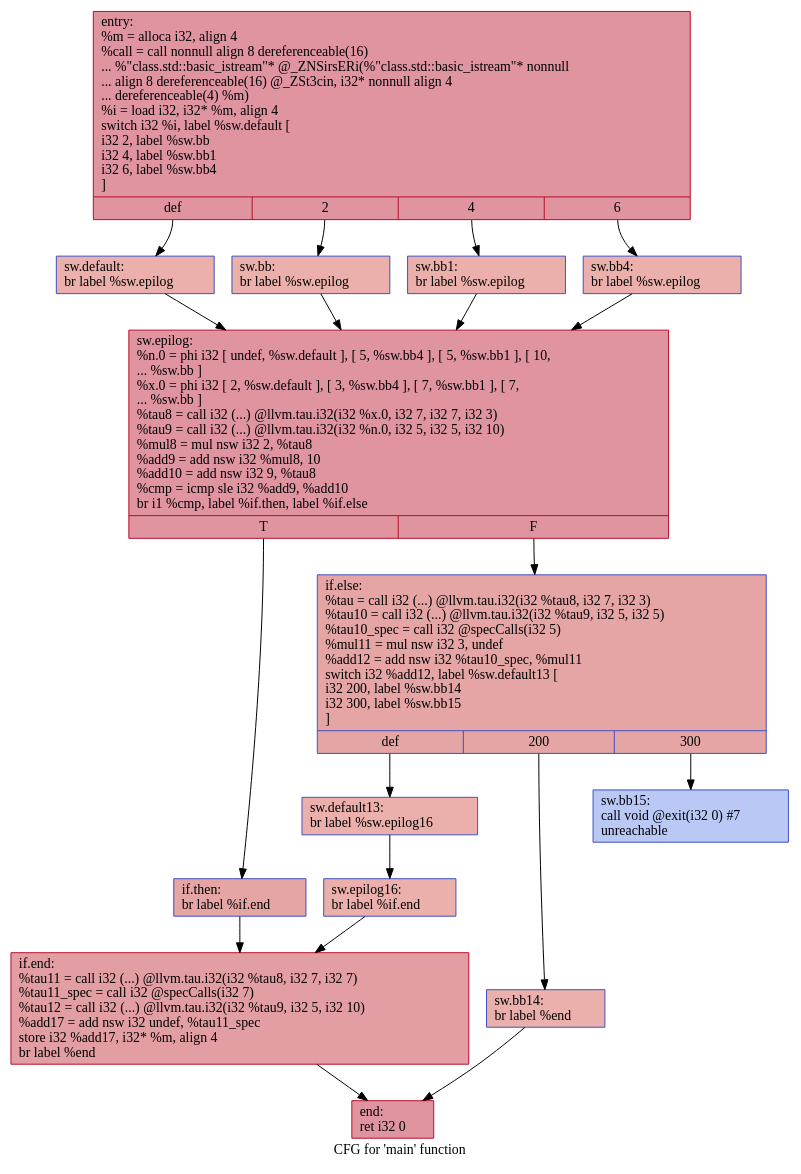
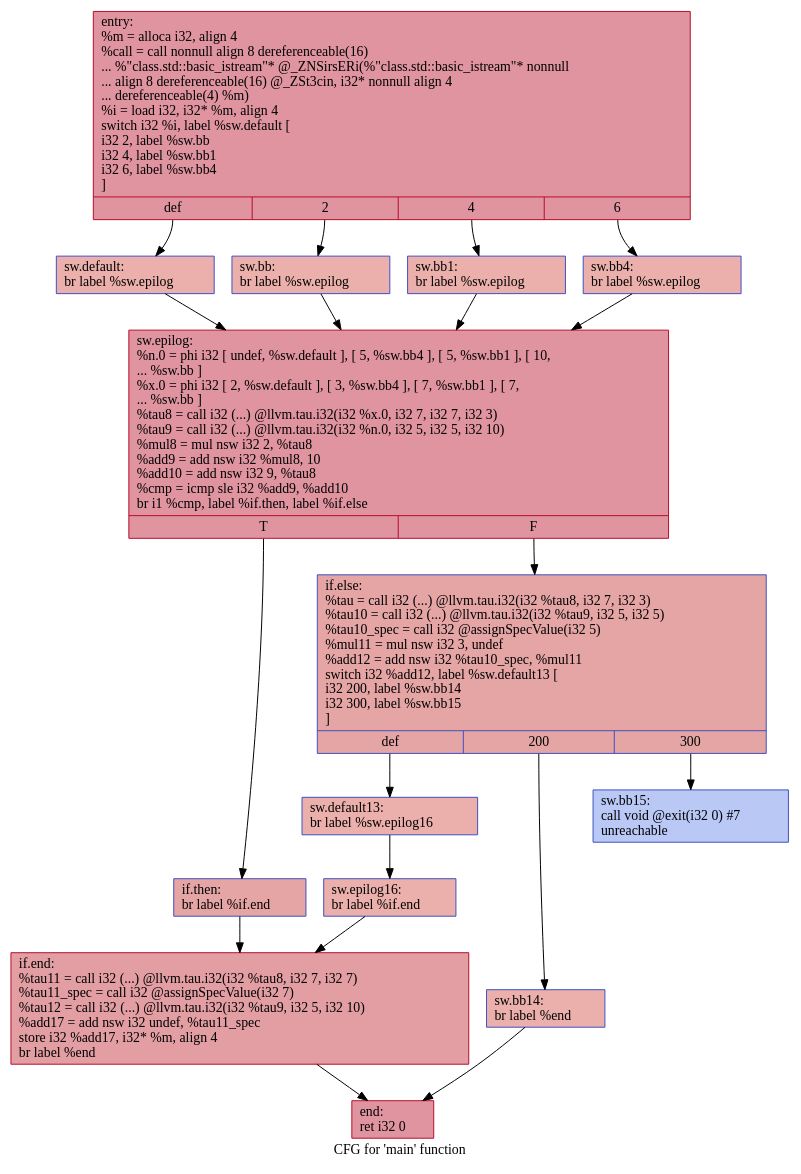
Before and after one commit to HPSSA-LLVM/HPSSA-LLVM: the diagram in IR/cfg/specSCCP_HPSSA.dot, drawn with Graphviz. The commit also changed 25 other files, not shown here.

```diff
--- a/IR/cfg/specSCCP_HPSSA.dot
+++ b/IR/cfg/specSCCP_HPSSA.dot
@@ -1,36 +1,36 @@
 digraph "CFG for 'main' function" {
 	label="CFG for 'main' function";
 
-	Node0x564486306240 [shape=record,color="#b70d28ff", style=filled, fillcolor="#b70d2870",label="{entry:\l  %m = alloca i32, align 4\l  %call = call nonnull align 8 dereferenceable(16)\l... %\"class.std::basic_istream\"* @_ZNSirsERi(%\"class.std::basic_istream\"* nonnull\l... align 8 dereferenceable(16) @_ZSt3cin, i32* nonnull align 4\l... dereferenceable(4) %m)\l  %i = load i32, i32* %m, align 4\l  switch i32 %i, label %sw.default [\l    i32 2, label %sw.bb\l    i32 4, label %sw.bb1\l    i32 6, label %sw.bb4\l  ]\l|{<s0>def|<s1>2|<s2>4|<s3>6}}"];
-	Node0x564486306240:s0 -> Node0x564486306680;
-	Node0x564486306240:s1 -> Node0x564486306790;
-	Node0x564486306240:s2 -> Node0x564486306890;
-	Node0x564486306240:s3 -> Node0x564486306990;
-	Node0x564486306790 [shape=record,color="#3d50c3ff", style=filled, fillcolor="#d24b4070",label="{sw.bb:                                            \l  br label %sw.epilog\l}"];
-	Node0x564486306790 -> Node0x564486306ab0;
-	Node0x564486306890 [shape=record,color="#3d50c3ff", style=filled, fillcolor="#d24b4070",label="{sw.bb1:                                           \l  br label %sw.epilog\l}"];
-	Node0x564486306890 -> Node0x564486306ab0;
-	Node0x564486306990 [shape=record,color="#3d50c3ff", style=filled, fillcolor="#d24b4070",label="{sw.bb4:                                           \l  br label %sw.epilog\l}"];
-	Node0x564486306990 -> Node0x564486306ab0;
-	Node0x564486306680 [shape=record,color="#3d50c3ff", style=filled, fillcolor="#d24b4070",label="{sw.default:                                       \l  br label %sw.epilog\l}"];
-	Node0x564486306680 -> Node0x564486306ab0;
-	Node0x564486306ab0 [shape=record,color="#b70d28ff", style=filled, fillcolor="#b70d2870",label="{sw.epilog:                                        \l  %n.0 = phi i32 [ undef, %sw.default ], [ 5, %sw.bb4 ], [ 5, %sw.bb1 ], [ 10,\l... %sw.bb ]\l  %x.0 = phi i32 [ 2, %sw.default ], [ 3, %sw.bb4 ], [ 7, %sw.bb1 ], [ 7,\l... %sw.bb ]\l  %tau8 = call i32 (...) @llvm.tau.i32(i32 %x.0, i32 7, i32 7, i32 3)\l  %tau9 = call i32 (...) @llvm.tau.i32(i32 %n.0, i32 5, i32 5, i32 10)\l  %mul8 = mul nsw i32 2, %tau8\l  %add9 = add nsw i32 %mul8, 10\l  %add10 = add nsw i32 9, %tau8\l  %cmp = icmp sle i32 %add9, %add10\l  br i1 %cmp, label %if.then, label %if.else\l|{<s0>T|<s1>F}}"];
-	Node0x564486306ab0:s0 -> Node0x564486307c50;
-	Node0x564486306ab0:s1 -> Node0x564486307cc0;
-	Node0x564486307c50 [shape=record,color="#3d50c3ff", style=filled, fillcolor="#c5333470",label="{if.then:                                          \l  br label %if.end\l}"];
-	Node0x564486307c50 -> Node0x564486307de0;
-	Node0x564486307cc0 [shape=record,color="#3d50c3ff", style=filled, fillcolor="#c5333470",label="{if.else:                                          \l  %tau = call i32 (...) @llvm.tau.i32(i32 %tau8, i32 7, i32 3)\l  %tau10 = call i32 (...) @llvm.tau.i32(i32 %tau9, i32 5, i32 5)\l  %tau10_spec = call i32 @specCalls(i32 5)\l  %mul11 = mul nsw i32 3, undef\l  %add12 = add nsw i32 %tau10_spec, %mul11\l  switch i32 %add12, label %sw.default13 [\l    i32 200, label %sw.bb14\l    i32 300, label %sw.bb15\l  ]\l|{<s0>def|<s1>200|<s2>300}}"];
-	Node0x564486307cc0:s0 -> Node0x564486308600;
-	Node0x564486307cc0:s1 -> Node0x5644863086b0;
-	Node0x564486307cc0:s2 -> Node0x5644863087b0;
-	Node0x564486308600 [shape=record,color="#3d50c3ff", style=filled, fillcolor="#d24b4070",label="{sw.default13:                                     \l  br label %sw.epilog16\l}"];
-	Node0x564486308600 -> Node0x5644863089a0;
-	Node0x5644863086b0 [shape=record,color="#3d50c3ff", style=filled, fillcolor="#d24b4070",label="{sw.bb14:                                          \l  br label %end\l}"];
-	Node0x5644863086b0 -> Node0x564486308a90;
-	Node0x5644863087b0 [shape=record,color="#3d50c3ff", style=filled, fillcolor="#6282ea70",label="{sw.bb15:                                          \l  call void @exit(i32 0) #7\l  unreachable\l}"];
-	Node0x5644863089a0 [shape=record,color="#3d50c3ff", style=filled, fillcolor="#d24b4070",label="{sw.epilog16:                                      \l  br label %if.end\l}"];
-	Node0x5644863089a0 -> Node0x564486307de0;
-	Node0x564486307de0 [shape=record,color="#b70d28ff", style=filled, fillcolor="#be242e70",label="{if.end:                                           \l  %tau11 = call i32 (...) @llvm.tau.i32(i32 %tau8, i32 7, i32 7)\l  %tau11_spec = call i32 @specCalls(i32 7)\l  %tau12 = call i32 (...) @llvm.tau.i32(i32 %tau9, i32 5, i32 10)\l  %add17 = add nsw i32 undef, %tau11_spec\l  store i32 %add17, i32* %m, align 4\l  br label %end\l}"];
-	Node0x564486307de0 -> Node0x564486308a90;
-	Node0x564486308a90 [shape=record,color="#b70d28ff", style=filled, fillcolor="#b70d2870",label="{end:                                              \l  ret i32 0\l}"];
+	Node0x55fcf3085da0 [shape=record,color="#b70d28ff", style=filled, fillcolor="#b70d2870",label="{entry:\l  %m = alloca i32, align 4\l  %call = call nonnull align 8 dereferenceable(16)\l... %\"class.std::basic_istream\"* @_ZNSirsERi(%\"class.std::basic_istream\"* nonnull\l... align 8 dereferenceable(16) @_ZSt3cin, i32* nonnull align 4\l... dereferenceable(4) %m)\l  %i = load i32, i32* %m, align 4\l  switch i32 %i, label %sw.default [\l    i32 2, label %sw.bb\l    i32 4, label %sw.bb1\l    i32 6, label %sw.bb4\l  ]\l|{<s0>def|<s1>2|<s2>4|<s3>6}}"];
+	Node0x55fcf3085da0:s0 -> Node0x55fcf3086210;
+	Node0x55fcf3085da0:s1 -> Node0x55fcf3086320;
+	Node0x55fcf3085da0:s2 -> Node0x55fcf3086420;
+	Node0x55fcf3085da0:s3 -> Node0x55fcf3086520;
+	Node0x55fcf3086320 [shape=record,color="#3d50c3ff", style=filled, fillcolor="#d24b4070",label="{sw.bb:                                            \l  br label %sw.epilog\l}"];
+	Node0x55fcf3086320 -> Node0x55fcf3086640;
+	Node0x55fcf3086420 [shape=record,color="#3d50c3ff", style=filled, fillcolor="#d24b4070",label="{sw.bb1:                                           \l  br label %sw.epilog\l}"];
+	Node0x55fcf3086420 -> Node0x55fcf3086640;
+	Node0x55fcf3086520 [shape=record,color="#3d50c3ff", style=filled, fillcolor="#d24b4070",label="{sw.bb4:                                           \l  br label %sw.epilog\l}"];
+	Node0x55fcf3086520 -> Node0x55fcf3086640;
+	Node0x55fcf3086210 [shape=record,color="#3d50c3ff", style=filled, fillcolor="#d24b4070",label="{sw.default:                                       \l  br label %sw.epilog\l}"];
+	Node0x55fcf3086210 -> Node0x55fcf3086640;
+	Node0x55fcf3086640 [shape=record,color="#b70d28ff", style=filled, fillcolor="#b70d2870",label="{sw.epilog:                                        \l  %n.0 = phi i32 [ undef, %sw.default ], [ 5, %sw.bb4 ], [ 5, %sw.bb1 ], [ 10,\l... %sw.bb ]\l  %x.0 = phi i32 [ 2, %sw.default ], [ 3, %sw.bb4 ], [ 7, %sw.bb1 ], [ 7,\l... %sw.bb ]\l  %tau8 = call i32 (...) @llvm.tau.i32(i32 %x.0, i32 7, i32 7, i32 3)\l  %tau9 = call i32 (...) @llvm.tau.i32(i32 %n.0, i32 5, i32 5, i32 10)\l  %mul8 = mul nsw i32 2, %tau8\l  %add9 = add nsw i32 %mul8, 10\l  %add10 = add nsw i32 9, %tau8\l  %cmp = icmp sle i32 %add9, %add10\l  br i1 %cmp, label %if.then, label %if.else\l|{<s0>T|<s1>F}}"];
+	Node0x55fcf3086640:s0 -> Node0x55fcf3087810;
+	Node0x55fcf3086640:s1 -> Node0x55fcf3087880;
+	Node0x55fcf3087810 [shape=record,color="#3d50c3ff", style=filled, fillcolor="#c5333470",label="{if.then:                                          \l  br label %if.end\l}"];
+	Node0x55fcf3087810 -> Node0x55fcf30879a0;
+	Node0x55fcf3087880 [shape=record,color="#3d50c3ff", style=filled, fillcolor="#c5333470",label="{if.else:                                          \l  %tau = call i32 (...) @llvm.tau.i32(i32 %tau8, i32 7, i32 3)\l  %tau10 = call i32 (...) @llvm.tau.i32(i32 %tau9, i32 5, i32 5)\l  %tau10_spec = call i32 @assignSpecValue(i32 5)\l  %mul11 = mul nsw i32 3, undef\l  %add12 = add nsw i32 %tau10_spec, %mul11\l  switch i32 %add12, label %sw.default13 [\l    i32 200, label %sw.bb14\l    i32 300, label %sw.bb15\l  ]\l|{<s0>def|<s1>200|<s2>300}}"];
+	Node0x55fcf3087880:s0 -> Node0x55fcf3088390;
+	Node0x55fcf3087880:s1 -> Node0x55fcf30884a0;
+	Node0x55fcf3087880:s2 -> Node0x55fcf30885a0;
+	Node0x55fcf3088390 [shape=record,color="#3d50c3ff", style=filled, fillcolor="#d24b4070",label="{sw.default13:                                     \l  br label %sw.epilog16\l}"];
+	Node0x55fcf3088390 -> Node0x55fcf3088790;
+	Node0x55fcf30884a0 [shape=record,color="#3d50c3ff", style=filled, fillcolor="#d24b4070",label="{sw.bb14:                                          \l  br label %end\l}"];
+	Node0x55fcf30884a0 -> Node0x55fcf3088880;
+	Node0x55fcf30885a0 [shape=record,color="#3d50c3ff", style=filled, fillcolor="#6282ea70",label="{sw.bb15:                                          \l  call void @exit(i32 0) #7\l  unreachable\l}"];
+	Node0x55fcf3088790 [shape=record,color="#3d50c3ff", style=filled, fillcolor="#d24b4070",label="{sw.epilog16:                                      \l  br label %if.end\l}"];
+	Node0x55fcf3088790 -> Node0x55fcf30879a0;
+	Node0x55fcf30879a0 [shape=record,color="#b70d28ff", style=filled, fillcolor="#be242e70",label="{if.end:                                           \l  %tau11 = call i32 (...) @llvm.tau.i32(i32 %tau8, i32 7, i32 7)\l  %tau11_spec = call i32 @assignSpecValue(i32 7)\l  %tau12 = call i32 (...) @llvm.tau.i32(i32 %tau9, i32 5, i32 10)\l  %add17 = add nsw i32 undef, %tau11_spec\l  store i32 %add17, i32* %m, align 4\l  br label %end\l}"];
+	Node0x55fcf30879a0 -> Node0x55fcf3088880;
+	Node0x55fcf3088880 [shape=record,color="#b70d28ff", style=filled, fillcolor="#b70d2870",label="{end:                                              \l  ret i32 0\l}"];
 }
```
